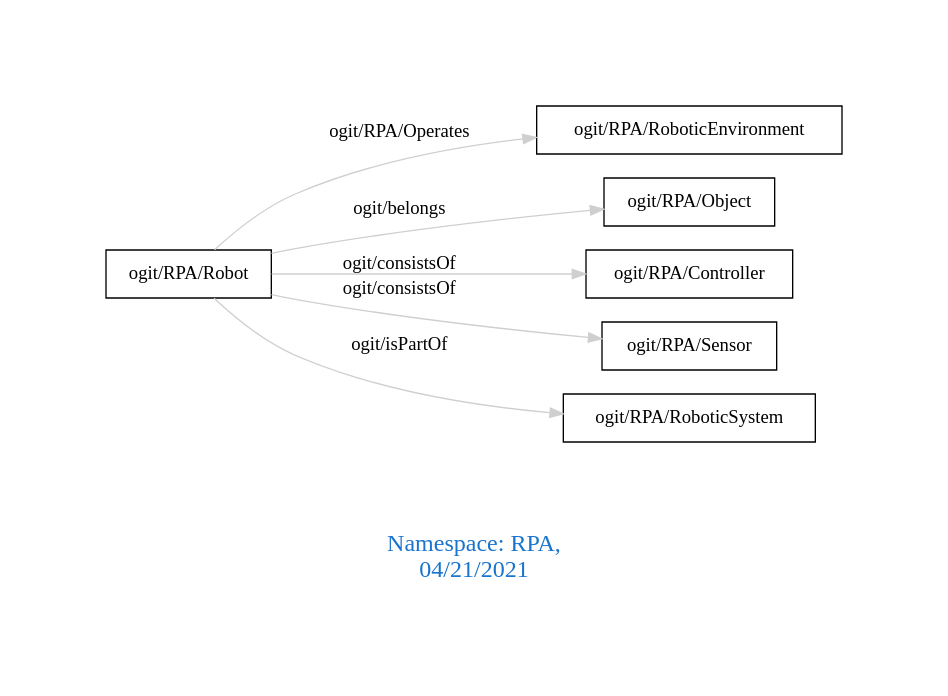
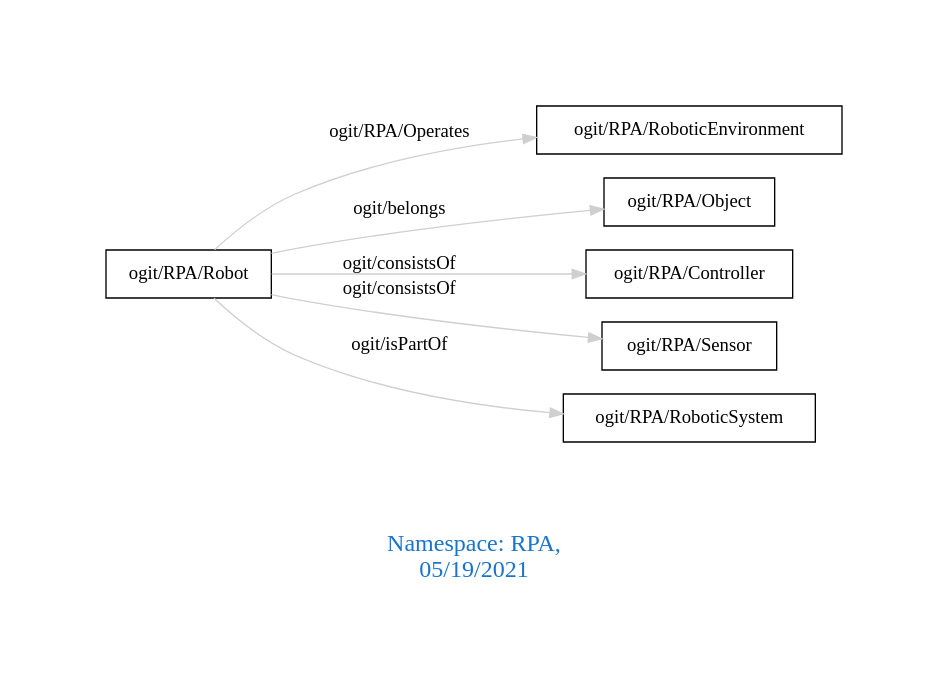
One commit to arago/OGIT changed the diagram in downloads/RPA.dot. Above: the diagram before and after it, drawn with Graphviz. The commit also changed 1878 other files, not shown here.

```diff
--- a/downloads/RPA.dot
+++ b/downloads/RPA.dot
@@ -1,13 +1,13 @@
 digraph OGIT_ontology {
  graph [ rankdir= LR,pad=1 
 fontsize = 18,
-fontcolor= dodgerblue3,label = "\n\n\nNamespace: RPA, \n 04/21/2021"];
+fontcolor= dodgerblue3,label = "\n\n\nNamespace: RPA, \n 05/19/2021"];
 node[shape=polygon];
 edge [  color="gray81"];
 
    "ogit/RPA/Robot" -> "ogit/RPA/RoboticEnvironment" [label="   ogit/RPA/Operates    "];
    "ogit/RPA/Robot" -> "ogit/RPA/Object" [label="   ogit/belongs    "];
    "ogit/RPA/Robot" -> "ogit/RPA/Controller" [label="   ogit/consistsOf    "];
    "ogit/RPA/Robot" -> "ogit/RPA/Sensor" [label="   ogit/consistsOf    "];
    "ogit/RPA/Robot" -> "ogit/RPA/RoboticSystem" [label="   ogit/isPartOf    "];
 }
```
